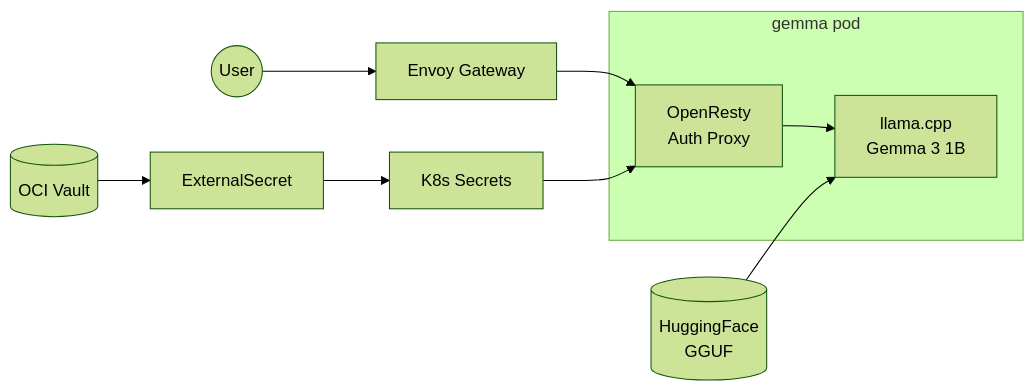
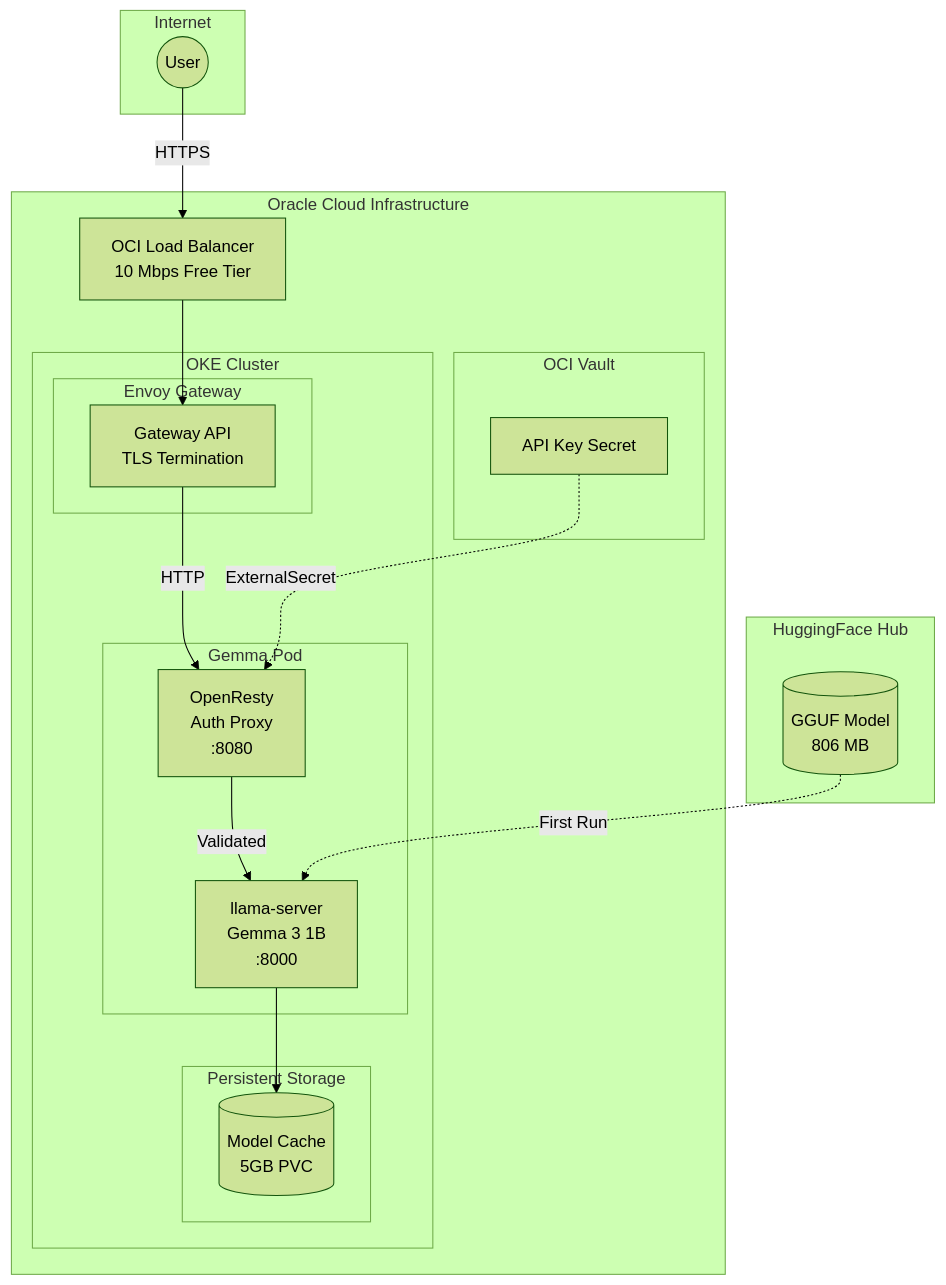
The first of 7 diagrams in docs/src/content/docs/architecture/gemma-llm.mdx (nsudhanva/k8s-oracle), drawn with Mermaid (forest theme) before and after one commit. The commit also changed other lines of this file and 5 other files, not shown here.

First line of the commit message:
Enhance documentation with diagrams and improved front page

````diff
--- a/docs/src/content/docs/architecture/gemma-llm.mdx
+++ b/docs/src/content/docs/architecture/gemma-llm.mdx
@@ -74,16 +24,41 @@
 ```mermaid
-flowchart LR
-    User((User)) --> Gateway[Envoy Gateway]
-    Gateway --> Auth[OpenResty\nAuth Proxy]
-    Auth --> LLM[llama.cpp\nGemma 3 1B]
-
-    subgraph Pod["gemma pod"]
-        Auth
-        LLM
+flowchart TB
+    subgraph Internet
+        User((User))
     end
 
-    HF[(HuggingFace\nGGUF)] --> LLM
-    Vault[(OCI Vault)] --> ES[ExternalSecret]
-    ES --> Secret[K8s Secrets]
-    Secret --> Auth
+    subgraph OCI["Oracle Cloud Infrastructure"]
+        LB[OCI Load Balancer<br/>10 Mbps Free Tier]
+
+        subgraph OKE["OKE Cluster"]
+            subgraph Gateway["Envoy Gateway"]
+                EG[Gateway API<br/>TLS Termination]
+            end
+
+            subgraph GemmaPod["Gemma Pod"]
+                Auth[OpenResty<br/>Auth Proxy<br/>:8080]
+                LLM[llama-server<br/>Gemma 3 1B<br/>:8000]
+            end
+
+            subgraph Storage["Persistent Storage"]
+                PVC[(Model Cache<br/>5GB PVC)]
+            end
+        end
+
+        subgraph Vault["OCI Vault"]
+            Secret[API Key Secret]
+        end
+    end
+
+    subgraph HuggingFace["HuggingFace Hub"]
+        GGUF[(GGUF Model<br/>806 MB)]
+    end
+
+    User -->|HTTPS| LB
+    LB --> EG
+    EG -->|HTTP| Auth
+    Auth -->|Validated| LLM
+    LLM --> PVC
+    GGUF -.->|First Run| LLM
+    Secret -.->|ExternalSecret| Auth
 ```
````
